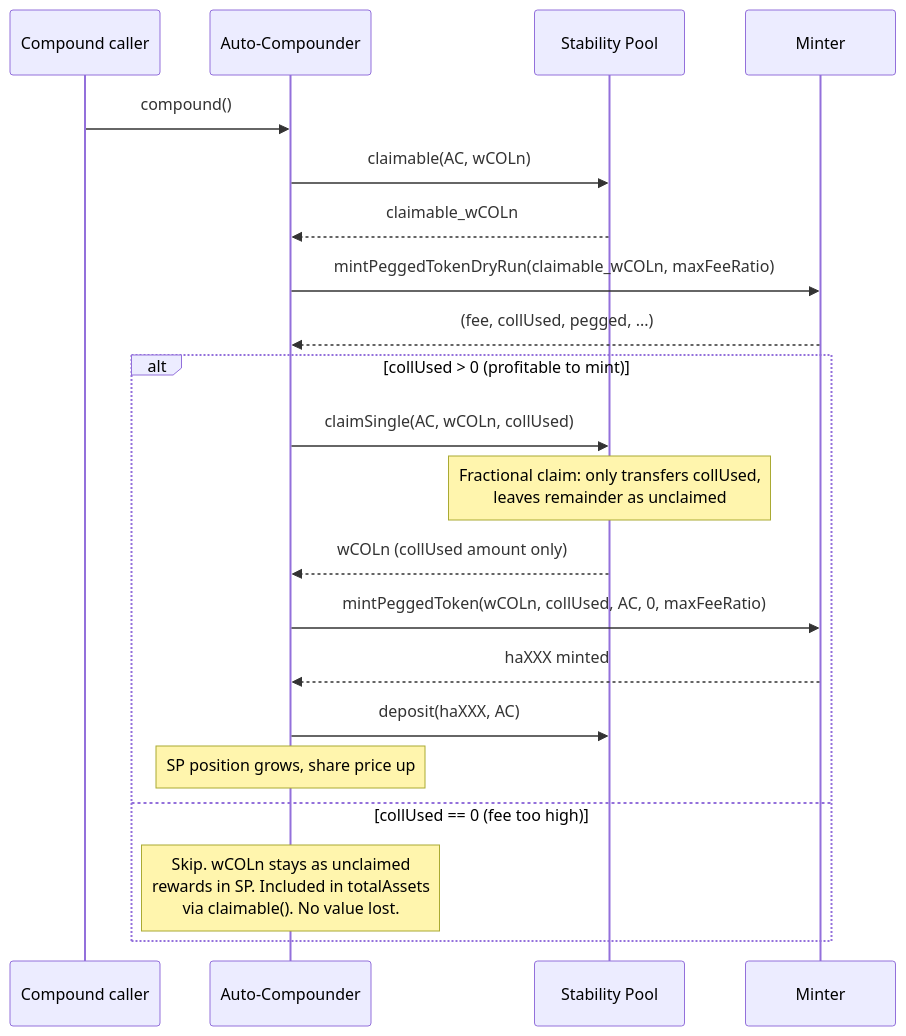
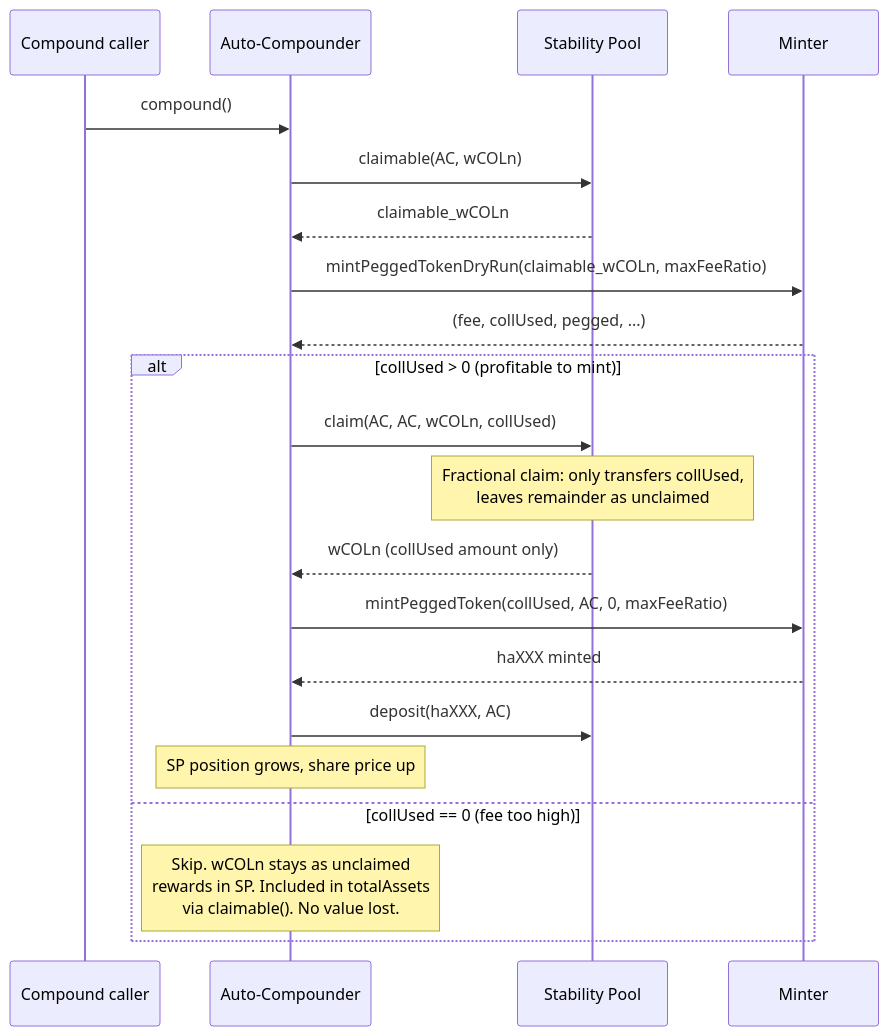
One commit to baofinance/harbor changed the fifth of 8 diagrams in doc/ideas/autocompounding-vault-design.md. Above: the diagram before and after it, drawn with Mermaid. The commit also changed other lines of this file and 60 other files, not shown here.

````diff
--- a/doc/ideas/autocompounding-vault-design.md
+++ b/doc/ideas/autocompounding-vault-design.md
@@ -151,25 +151,25 @@
 ```mermaid
 sequenceDiagram
     participant Bot as Compound caller
     participant AC as Auto-Compounder
     participant SP as Stability Pool
     participant Minter
 
     Bot->>AC: compound()
     AC->>SP: claimable(AC, wCOLn)
     SP-->>AC: claimable_wCOLn
     AC->>Minter: mintPeggedTokenDryRun(claimable_wCOLn, maxFeeRatio)
     Minter-->>AC: (fee, collUsed, pegged, ...)
 
     alt collUsed > 0 (profitable to mint)
-        AC->>SP: claimSingle(AC, wCOLn, collUsed)
+        AC->>SP: claim(AC, AC, wCOLn, collUsed)
         Note over SP: Fractional claim: only transfers collUsed,<br/>leaves remainder as unclaimed
         SP-->>AC: wCOLn (collUsed amount only)
-        AC->>Minter: mintPeggedToken(wCOLn, collUsed, AC, 0, maxFeeRatio)
+        AC->>Minter: mintPeggedToken(collUsed, AC, 0, maxFeeRatio)
         Minter-->>AC: haXXX minted
         AC->>SP: deposit(haXXX, AC)
         Note over AC: SP position grows, share price up
     else collUsed == 0 (fee too high)
         Note over AC: Skip. wCOLn stays as unclaimed<br/>rewards in SP. Included in totalAssets<br/>via claimable(). No value lost.
     end
 ```
````
